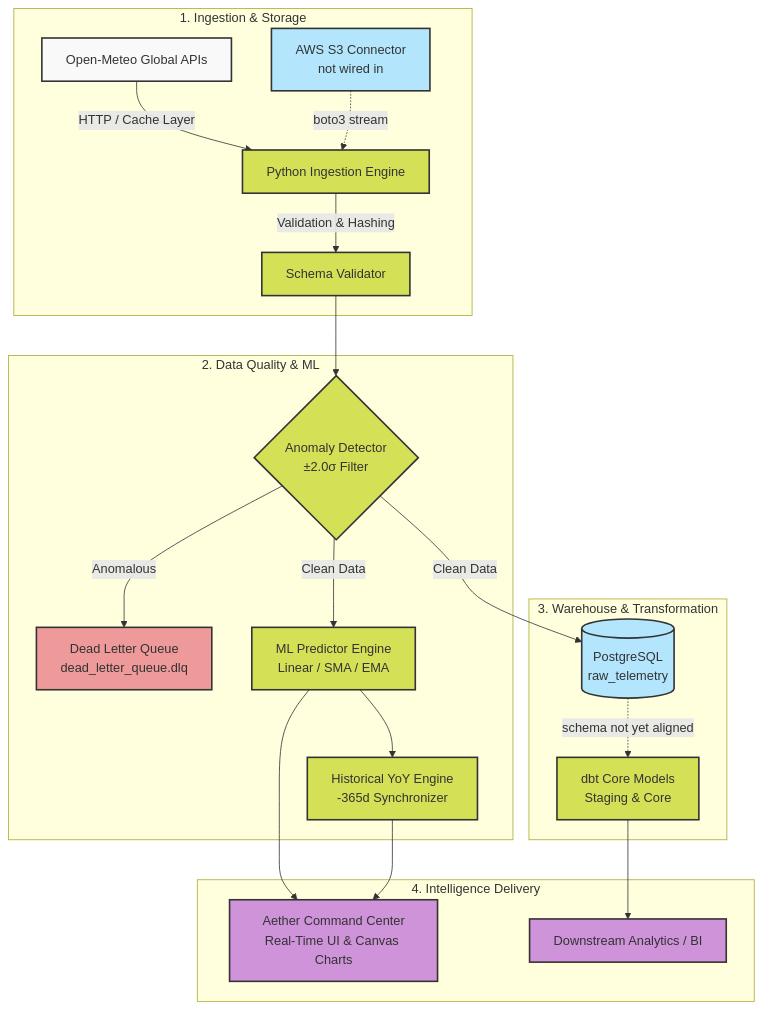
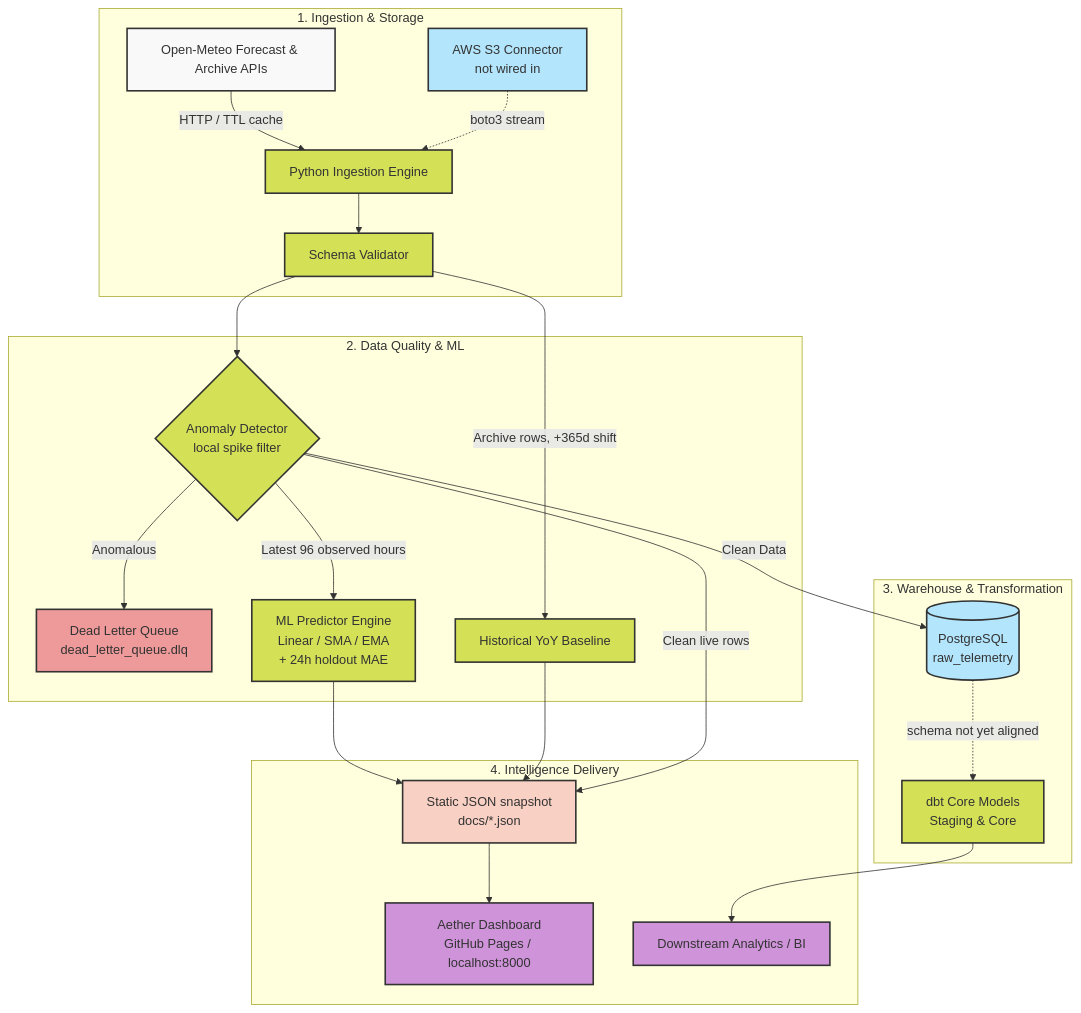
One commit to miladgk/aether-climate-engine changed the diagram in README.md. Above: the diagram before and after it, drawn with Mermaid. The commit also changed other lines of this file and 16 other files, not shown here.

````diff
--- a/README.md
+++ b/README.md
@@ -47,38 +47,41 @@
 ```mermaid
 flowchart TD
     subgraph Ingestion ["1. Ingestion & Storage"]
-        API[Open-Meteo Global APIs] -->|HTTP / Cache Layer| ETL[Python Ingestion Engine]
+        API[Open-Meteo Forecast & Archive APIs] -->|HTTP / TTL cache| ETL[Python Ingestion Engine]
         S3[AWS S3 Connector<br/>not wired in] -.->|boto3 stream| ETL
-        ETL -->|Validation & Hashing| VAL[Schema Validator]
+        ETL --> VAL[Schema Validator]
     end
 
     subgraph Processing ["2. Data Quality & ML"]
-        VAL --> AD{Anomaly Detector<br/>±2.0σ Filter}
+        VAL --> AD{Anomaly Detector<br/>local spike filter}
         AD -->|Anomalous| DLQ[Dead Letter Queue<br/>dead_letter_queue.dlq]
-        AD -->|Clean Data| ML[ML Predictor Engine<br/>Linear / SMA / EMA]
-        ML --> ARCHIVE[Historical YoY Engine<br/>-365d Synchronizer]
+        AD -->|Latest 96 observed hours| ML[ML Predictor Engine<br/>Linear / SMA / EMA<br/>+ 24h holdout MAE]
+        VAL -->|Archive rows, +365d shift| ARCHIVE[Historical YoY Baseline]
     end
 
     subgraph Warehouse ["3. Warehouse & Transformation"]
         AD -->|Clean Data| PG[(PostgreSQL<br/>raw_telemetry)]
         PG -.->|schema not yet aligned| DBT[dbt Core Models<br/>Staging & Core]
     end
 
     subgraph Visualization ["4. Intelligence Delivery"]
-        ML --> DASH[Aether Command Center<br/>Real-Time UI & Canvas Charts]
-        ARCHIVE --> DASH
+        ML --> JSON[Static JSON snapshot<br/>docs/*.json]
+        ARCHIVE --> JSON
+        AD -->|Clean live rows| JSON
+        JSON --> DASH[Aether Dashboard<br/>GitHub Pages / localhost:8000]
         DBT --> BI[Downstream Analytics / BI]
     end
 
     classDef default fill:#f9f9f9,stroke:#333,stroke-width:2px,color:#333;
     classDef storage fill:#f9d0c4,stroke:#333,stroke-width:2px,color:#333;
     classDef process fill:#d4e157,stroke:#333,stroke-width:2px,color:#333;
     classDef error fill:#ef9a9a,stroke:#333,stroke-width:2px,color:#333;
     classDef database fill:#b3e5fc,stroke:#333,stroke-width:2px,color:#333;
     classDef dashboard fill:#ce93d8,stroke:#333,stroke-width:2px,color:#333;
 
     class S3,PG database;
     class ETL,VAL,AD,ML,ARCHIVE,DBT process;
+    class JSON storage;
     class DLQ error;
     class DASH,BI dashboard;
 ```
````
